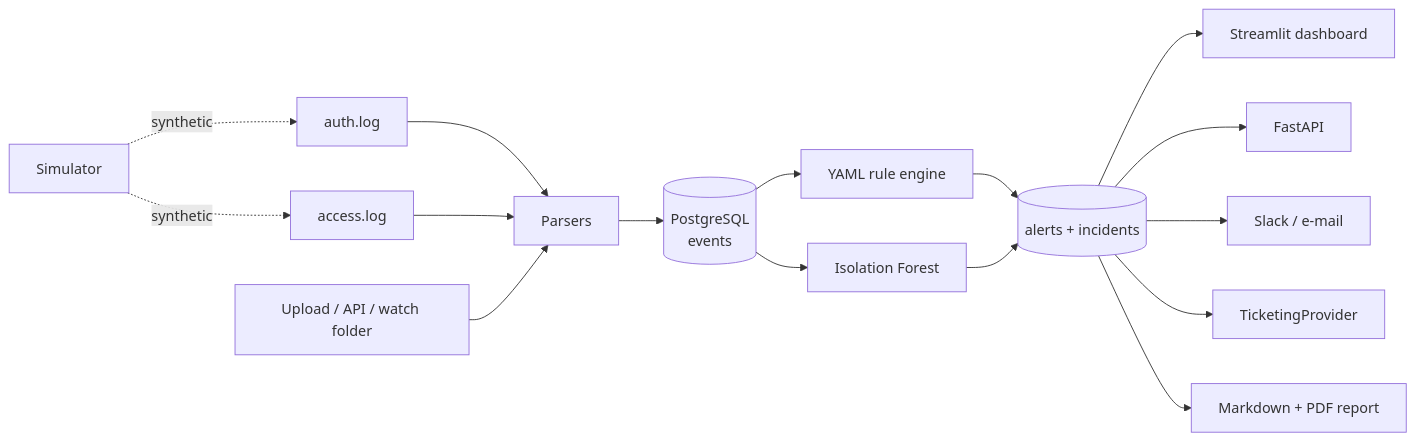
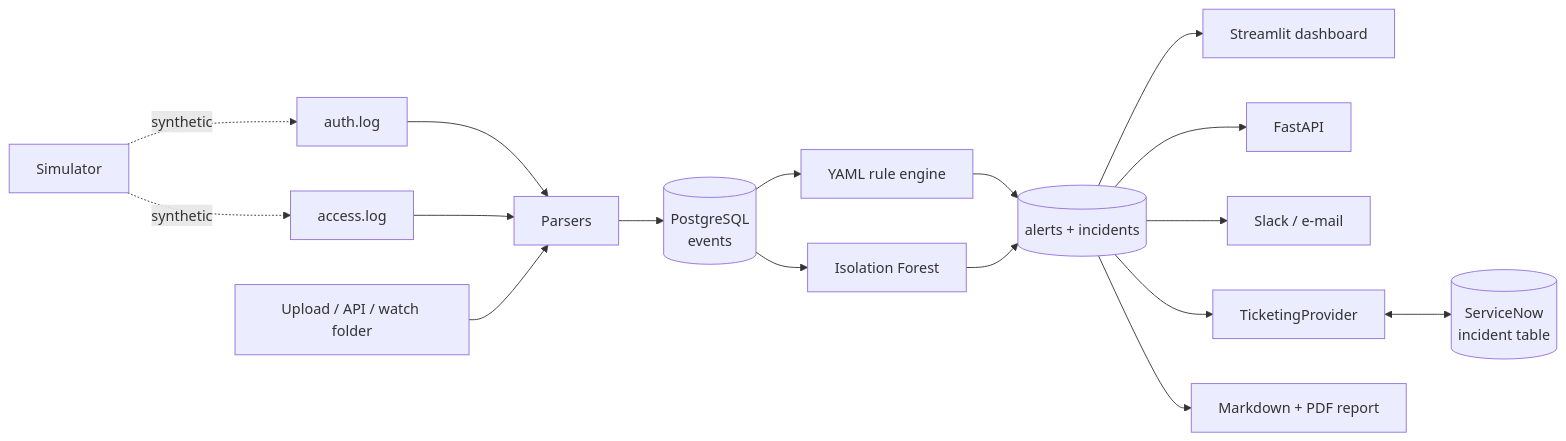
One commit to VydyaP/logsentinel changed the first of 2 diagrams in README.md. Above: the diagram before and after it, drawn with Mermaid. The commit also changed other lines of this file and 3 other files, not shown here.

Commit message:
Document the ServiceNow integration: README section, mapping tables, runbook

````diff
--- a/README.md
+++ b/README.md
@@ -42,16 +42,16 @@
 ```mermaid
 flowchart LR
     SSH[auth.log] --> PARSE[Parsers]
     WEB[access.log] --> PARSE
     SIM[Simulator] -.synthetic.-> SSH & WEB
     UP[Upload / API / watch folder] --> PARSE
     PARSE --> EV[(PostgreSQL<br/>events)]
     EV --> RULES[YAML rule engine]
     EV --> IF[Isolation Forest]
     RULES & IF --> AL[(alerts + incidents)]
     AL --> DASH[Streamlit dashboard]
     AL --> API[FastAPI]
     AL --> NOTIFY[Slack / e-mail]
-    AL --> TICKET[TicketingProvider]
+    AL --> TICKET[TicketingProvider] <--> SN[(ServiceNow<br/>incident table)]
     AL --> REPORT[Markdown + PDF report]
 ```
````
